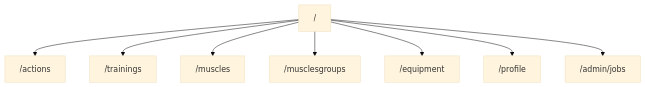
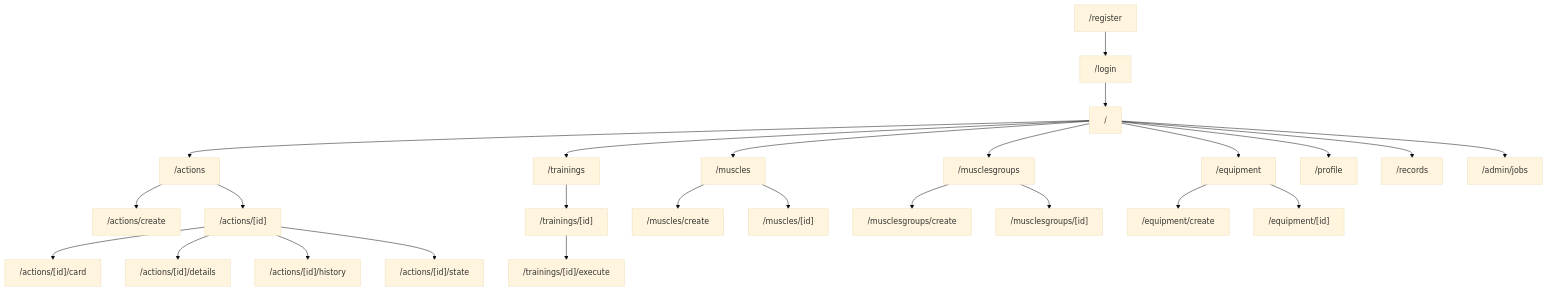
One commit to Dezzpil/meingym changed the third of 6 diagrams in .qoder/repowiki/en/content/Architecture Overview/App Pages and Routes.md. Above: the diagram before and after it, drawn with Mermaid (base theme). The commit also changed other lines of this file and 12 other files, not shown here.

````diff
--- a/.qoder/repowiki/en/content/Architecture Overview/App Pages and Routes.md
+++ b/.qoder/repowiki/en/content/Architecture Overview/App Pages and Routes.md
@@ -120,10 +178,27 @@
 ```mermaid
 flowchart TD
-A["/"] --> B["/actions"]
+Login["/login"] --> A["/"]
+Register["/register"] --> Login
+A --> B["/actions"]
 A --> C["/trainings"]
 A --> D["/muscles"]
 A --> E["/musclesgroups"]
 A --> F["/equipment"]
 A --> G["/profile"]
+A --> R["/records"]
 A --> H["/admin/jobs"]
+B --> B1["/actions/create"]
+B --> B2["/actions/[id]"]
+B2 --> B3["/actions/[id]/card"]
+B2 --> B4["/actions/[id]/details"]
+B2 --> B5["/actions/[id]/history"]
+B2 --> B6["/actions/[id]/state"]
+C --> C1["/trainings/[id]"]
+C1 --> C2["/trainings/[id]/execute"]
+D --> D1["/muscles/create"]
+D --> D2["/muscles/[id]"]
+E --> E1["/musclesgroups/create"]
+E --> E2["/musclesgroups/[id]"]
+F --> F1["/equipment/create"]
+F --> F2["/equipment/[id]"]
 ```
````
